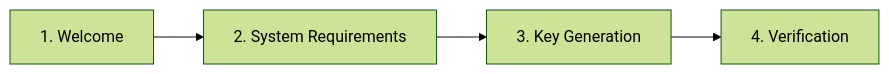
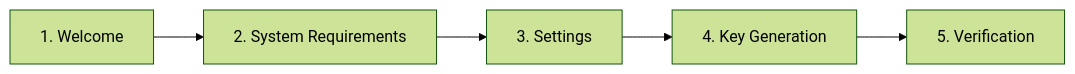
The diagram in docs/docs/getting-started/quick-start.md (andersonsalas/expressionlab), drawn with Mermaid (forest theme) before and after one commit. The commit also changed other lines of this file and 14 other files, not shown here.

````diff
--- a/docs/docs/getting-started/quick-start.md
+++ b/docs/docs/getting-started/quick-start.md
@@ -28,6 +28,7 @@
 ```mermaid
 graph LR
     A["1. Welcome"] --> B["2. System Requirements"]
-    B --> C["3. Key Generation"]
-    C --> D["4. Verification "]
+    B --> C["3. Settings"]
+    C --> D["4. Key Generation"]
+    D --> E["5. Verification"]
 ```
````
